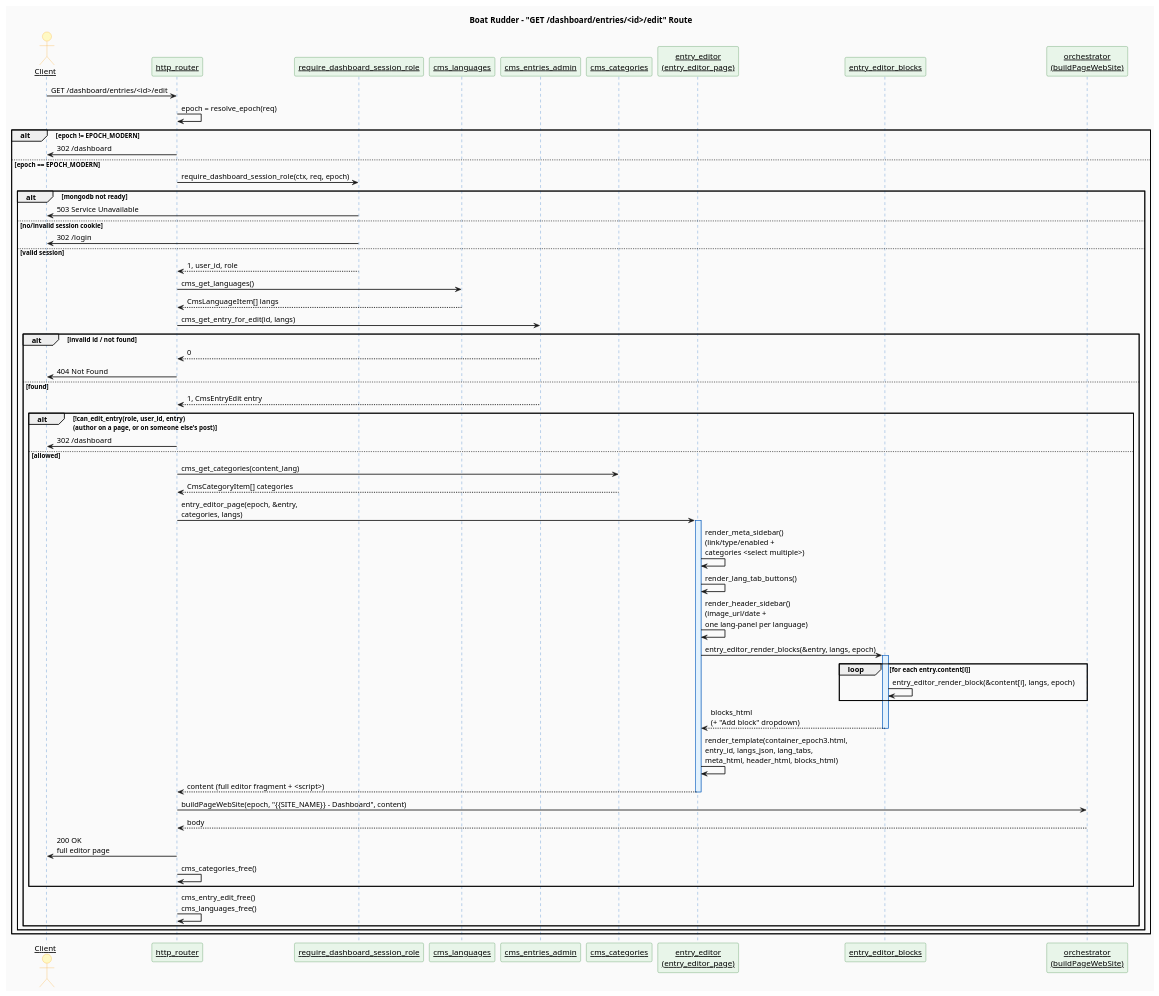
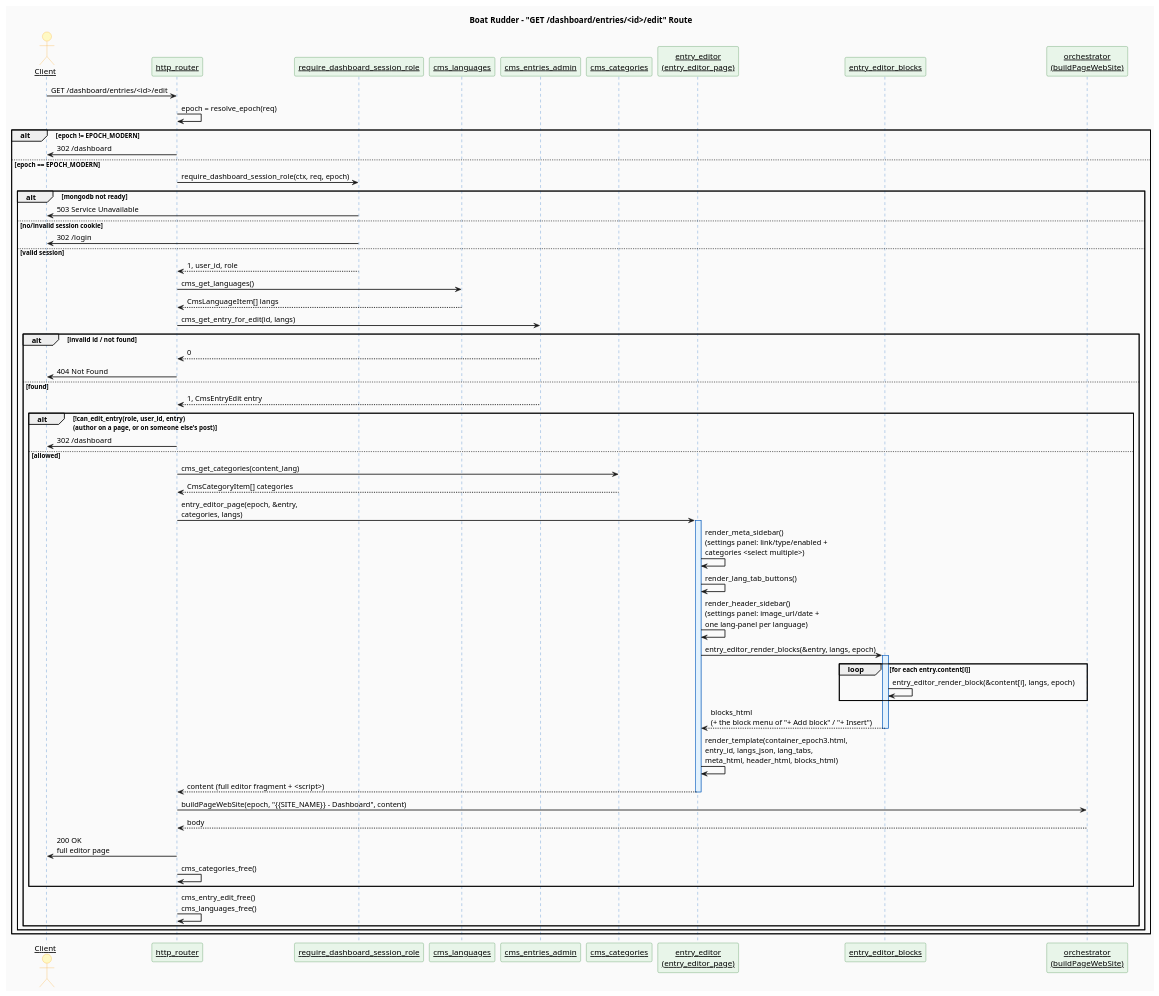
The diagram in develop_docs/diagrams/sequence-entry-editor-edit-route.puml (jpablotoledom/boat-rudder), drawn with PlantUML before and after one commit. The commit also changed 10 other files, not shown here.

```diff
--- a/develop_docs/diagrams/sequence-entry-editor-edit-route.puml
+++ b/develop_docs/diagrams/sequence-entry-editor-edit-route.puml
@@ -1,91 +1,91 @@
 @startuml sequence-entry-editor-edit-route
 
 title Boat Rudder - "GET /dashboard/entries/<id>/edit" Route
 
 skinparam backgroundColor #FAFAFA
 skinparam sequenceArrowThickness 1.5
 skinparam sequenceParticipant underline
 skinparam sequence {
     LifeLineBackgroundColor #E3F2FD
     LifeLineBorderColor #1565C0
     ActorBackgroundColor #FFF9C4
     ActorBorderColor #F9A825
     ParticipantBackgroundColor #E8F5E9
     ParticipantBorderColor #2E7D32
 }
 
 actor Client
 participant "http_router" as ROUTER
 participant "require_dashboard_session_role" as SESSION
 participant "cms_languages" as LANG
 participant "cms_entries_admin" as ADMIN
 participant "cms_categories" as CAT
 participant "entry_editor\n(entry_editor_page)" as EDITOR
 participant "entry_editor_blocks" as BLOCKS
 participant "orchestrator\n(buildPageWebSite)" as ORCH
 
 Client -> ROUTER : GET /dashboard/entries/<id>/edit
 ROUTER -> ROUTER : epoch = resolve_epoch(req)
 
 alt epoch != EPOCH_MODERN
   ROUTER -> Client : 302 /dashboard
 
 else epoch == EPOCH_MODERN
   ROUTER -> SESSION : require_dashboard_session_role(ctx, req, epoch)
 
   alt mongodb not ready
     SESSION -> Client : 503 Service Unavailable
   else no/invalid session cookie
     SESSION -> Client : 302 /login
   else valid session
     SESSION --> ROUTER : 1, user_id, role
 
     ROUTER -> LANG : cms_get_languages()
     LANG --> ROUTER : CmsLanguageItem[] langs
 
     ROUTER -> ADMIN : cms_get_entry_for_edit(id, langs)
 
     alt invalid id / not found
       ADMIN --> ROUTER : 0
       ROUTER -> Client : 404 Not Found
     else found
       ADMIN --> ROUTER : 1, CmsEntryEdit entry
 
       alt !can_edit_entry(role, user_id, entry)\n(author on a page, or on someone else's post)
         ROUTER -> Client : 302 /dashboard
       else allowed
 
       ROUTER -> CAT : cms_get_categories(content_lang)
       CAT --> ROUTER : CmsCategoryItem[] categories
 
       ROUTER -> EDITOR : entry_editor_page(epoch, &entry,\ncategories, langs)
       activate EDITOR
 
-      EDITOR -> EDITOR : render_meta_sidebar()\n(link/type/enabled +\ncategories <select multiple>)
+      EDITOR -> EDITOR : render_meta_sidebar()\n(settings panel: link/type/enabled +\ncategories <select multiple>)
       EDITOR -> EDITOR : render_lang_tab_buttons()
-      EDITOR -> EDITOR : render_header_sidebar()\n(image_url/date +\none lang-panel per language)
+      EDITOR -> EDITOR : render_header_sidebar()\n(settings panel: image_url/date +\none lang-panel per language)
 
       EDITOR -> BLOCKS : entry_editor_render_blocks(&entry, langs, epoch)
       activate BLOCKS
       loop for each entry.content[i]
         BLOCKS -> BLOCKS : entry_editor_render_block(&content[i], langs, epoch)
       end
-      BLOCKS --> EDITOR : blocks_html\n(+ "Add block" dropdown)
+      BLOCKS --> EDITOR : blocks_html\n(+ the block menu of "+ Add block" / "+ Insert")
       deactivate BLOCKS
 
       EDITOR -> EDITOR : render_template(container_epoch3.html,\nentry_id, langs_json, lang_tabs,\nmeta_html, header_html, blocks_html)
       EDITOR --> ROUTER : content (full editor fragment + <script>)
       deactivate EDITOR
 
       ROUTER -> ORCH : buildPageWebSite(epoch, "{{SITE_NAME}} - Dashboard", content)
       ORCH --> ROUTER : body
       ROUTER -> Client : 200 OK\nfull editor page
 
       ROUTER -> ROUTER : cms_categories_free()
       end
       ROUTER -> ROUTER : cms_entry_edit_free()\ncms_languages_free()
     end
   end
 end
 
 @enduml
```
